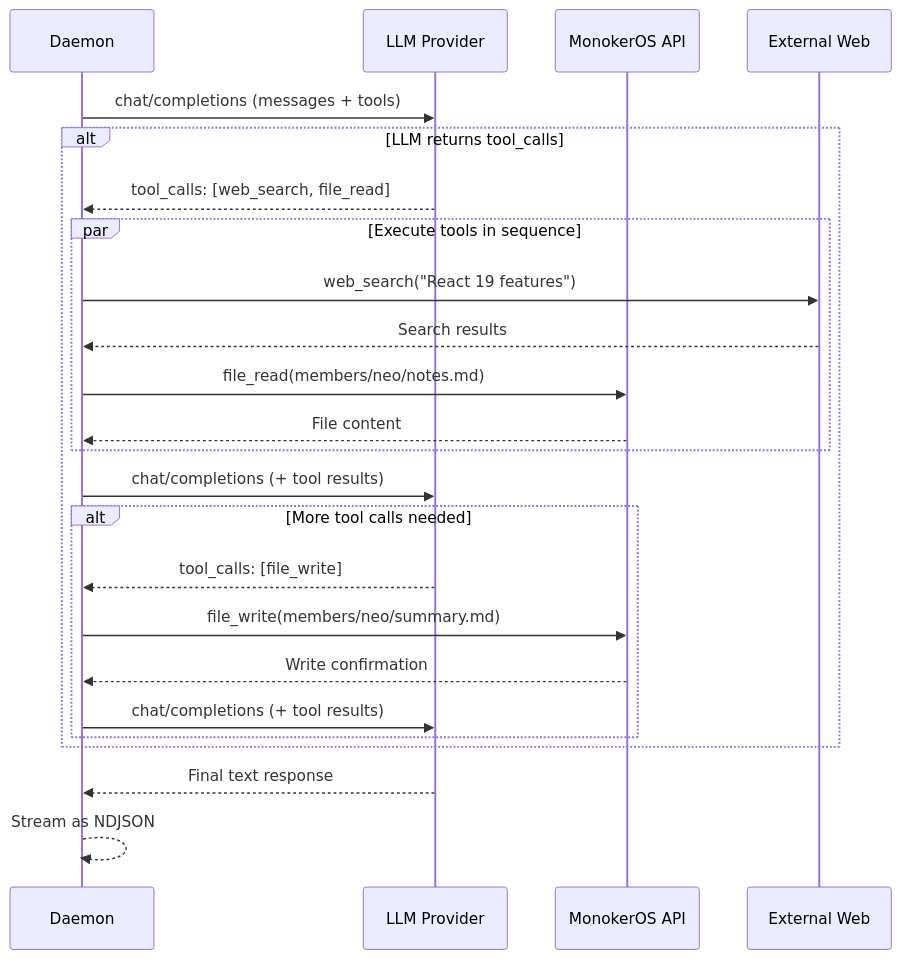
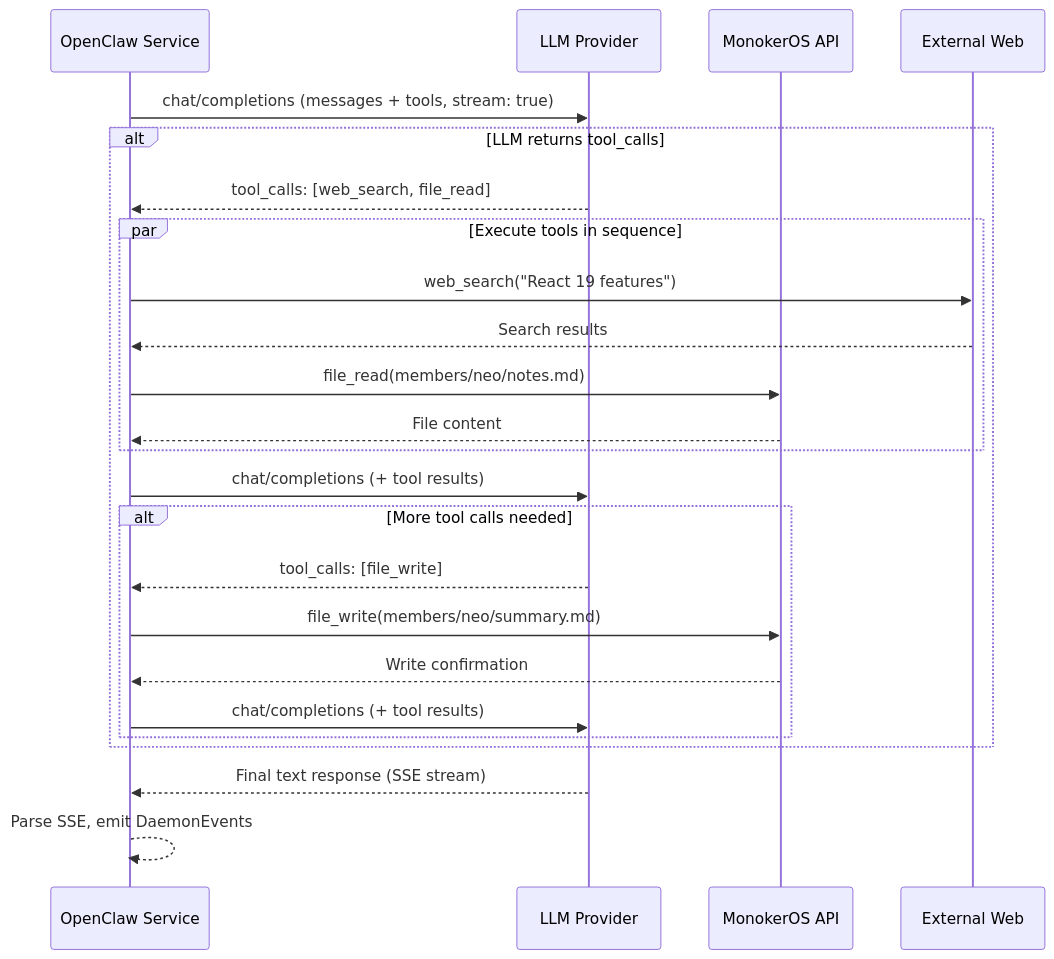
One commit to pde-rent/monokeros changed the fourth of 7 diagrams in docs/architecture/inspirations.md. Above: the diagram before and after it, drawn with Mermaid. The commit also changed other lines of this file and 31 other files, not shown here.

First line of the commit message:
feat: rewrite docs for OpenClaw, add acceptance criteria and artifact models

````diff
--- a/docs/architecture/inspirations.md
+++ b/docs/architecture/inspirations.md
@@ -208,32 +193,32 @@
 ```mermaid
 sequenceDiagram
-    participant D as Daemon
+    participant OC as OpenClaw Service
     participant LLM as LLM Provider
     participant API as MonokerOS API
     participant Web as External Web
 
-    D->>LLM: chat/completions (messages + tools)
+    OC->>LLM: chat/completions (messages + tools, stream: true)
 
     alt LLM returns tool_calls
-        LLM-->>D: tool_calls: [web_search, file_read]
+        LLM-->>OC: tool_calls: [web_search, file_read]
 
         par Execute tools in sequence
-            D->>Web: web_search("React 19 features")
-            Web-->>D: Search results
-            D->>API: file_read(members/neo/notes.md)
-            API-->>D: File content
+            OC->>Web: web_search("React 19 features")
+            Web-->>OC: Search results
+            OC->>API: file_read(members/neo/notes.md)
+            API-->>OC: File content
         end
 
-        D->>LLM: chat/completions (+ tool results)
+        OC->>LLM: chat/completions (+ tool results)
 
         alt More tool calls needed
-            LLM-->>D: tool_calls: [file_write]
-            D->>API: file_write(members/neo/summary.md)
-            API-->>D: Write confirmation
-            D->>LLM: chat/completions (+ tool results)
+            LLM-->>OC: tool_calls: [file_write]
+            OC->>API: file_write(members/neo/summary.md)
+            API-->>OC: Write confirmation
+            OC->>LLM: chat/completions (+ tool results)
         end
     end
 
-    LLM-->>D: Final text response
-    D-->>D: Stream as NDJSON
+    LLM-->>OC: Final text response (SSE stream)
+    OC-->>OC: Parse SSE, emit DaemonEvents
 ```
````
